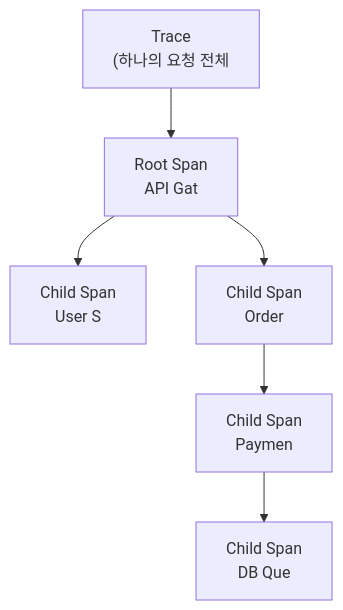
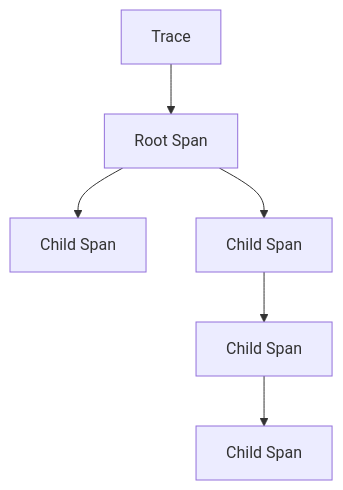
Before and after one commit to yjkim2015/yjkim2015.github.io: the first of 7 diagrams in _posts/monitoring/2026-05-03-distributed-tracing.md, drawn with Mermaid. The commit also changed other lines of this file and 217 other files, not shown here.

First line of the commit message:
Mermaid 크기 수정: useMaxWidth:true + SVG max-width:100% + 라벨 축소

````diff
--- a/_posts/monitoring/2026-05-03-distributed-tracing.md
+++ b/_posts/monitoring/2026-05-03-distributed-tracing.md
@@ -36,9 +36,9 @@
 ```mermaid
 graph TD
-    TRACE["Trace\n(하나의 요청 전체"]
-    TRACE --> ROOT["Root Span\nAPI Gat"]
-    ROOT --> CHILD1["Child Span\nUser S"]
-    ROOT --> CHILD2["Child Span\nOrder"]
-    CHILD2 --> CHILD3["Child Span\nPaymen"]
-    CHILD3 --> CHILD4["Child Span\nDB Que"]
+    TRACE["Trace"]
+    TRACE --> ROOT["Root Span"]
+    ROOT --> CHILD1["Child Span"]
+    ROOT --> CHILD2["Child Span"]
+    CHILD2 --> CHILD3["Child Span"]
+    CHILD3 --> CHILD4["Child Span"]
 ```
````
